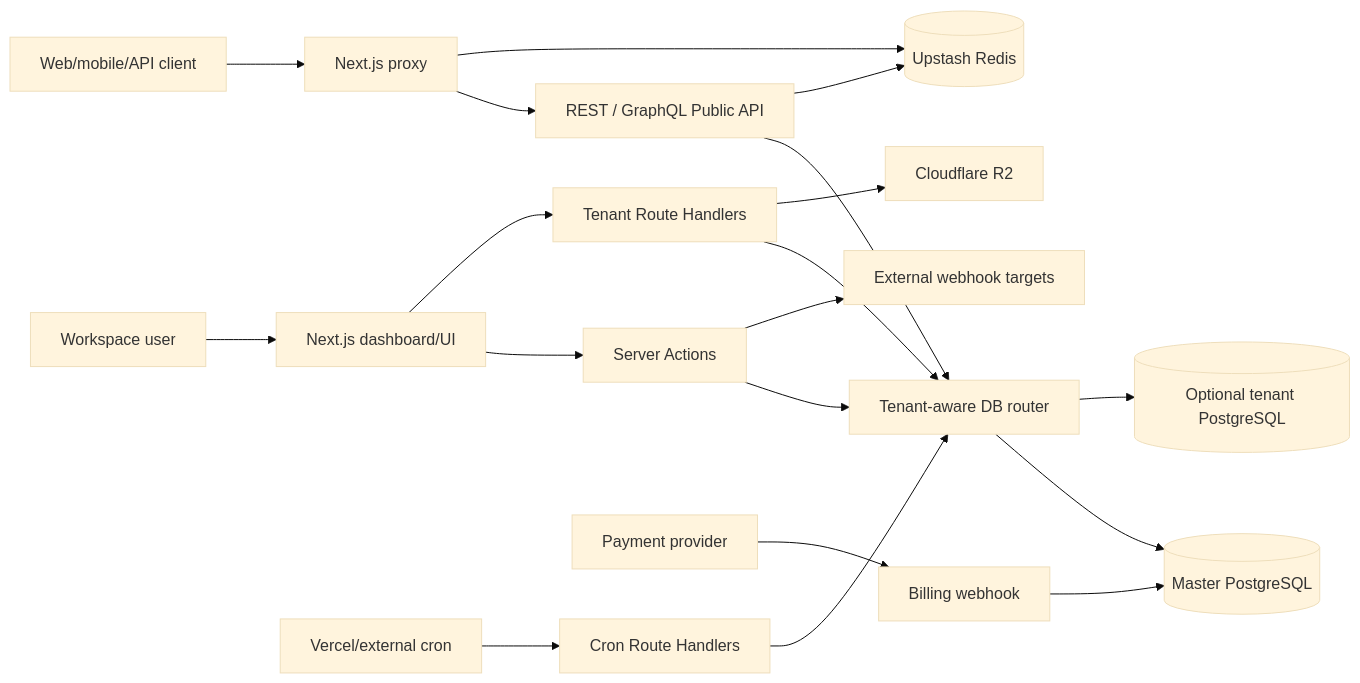
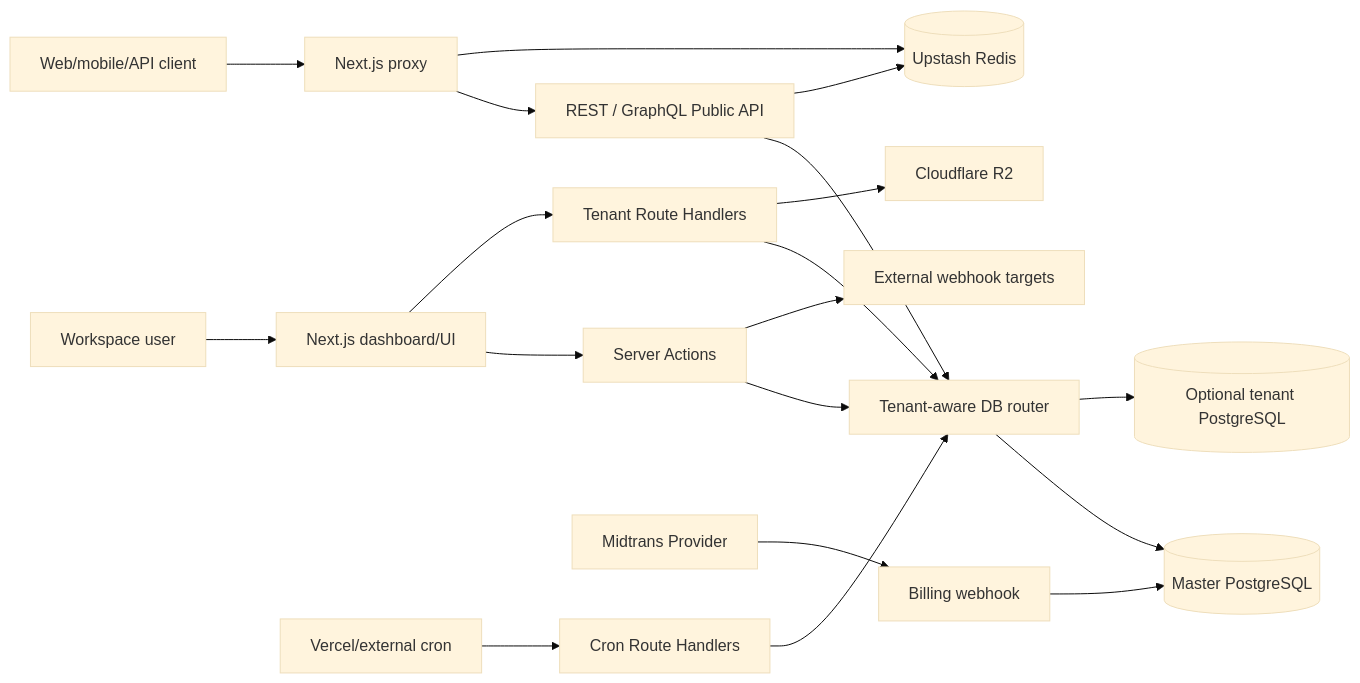
The first of 2 diagrams in docs/03-Technical_Design_Document.md (zonggonau/sacms), drawn with Mermaid (base theme) before and after one commit. The commit also changed other lines of this file and 102 other files, not shown here.

````diff
--- a/docs/03-Technical_Design_Document.md
+++ b/docs/03-Technical_Design_Document.md
@@ -25,25 +47,25 @@
 ```mermaid
 flowchart LR
     User["Workspace user"] --> UI["Next.js dashboard/UI"]
     UI --> SA["Server Actions"]
     UI --> TenantAPI["Tenant Route Handlers"]
 
     Client["Web/mobile/API client"] --> Proxy["Next.js proxy"]
     Proxy --> PublicAPI["REST / GraphQL Public API"]
 
     Scheduler["Vercel/external cron"] --> Cron["Cron Route Handlers"]
-    Payment["Payment provider"] --> BillingWebhook["Billing webhook"]
+    Payment["Midtrans Provider"] --> BillingWebhook["Billing webhook"]
 
     SA --> DBRouter["Tenant-aware DB router"]
     TenantAPI --> DBRouter
     PublicAPI --> DBRouter
     Cron --> DBRouter
     BillingWebhook --> MasterDB[("Master PostgreSQL")]
 
     DBRouter --> MasterDB
     DBRouter --> DedicatedDB[("Optional tenant PostgreSQL")]
     PublicAPI --> Redis[("Upstash Redis")]
     Proxy --> Redis
     TenantAPI --> R2["Cloudflare R2"]
     SA --> Webhook["External webhook targets"]
 ```
````
